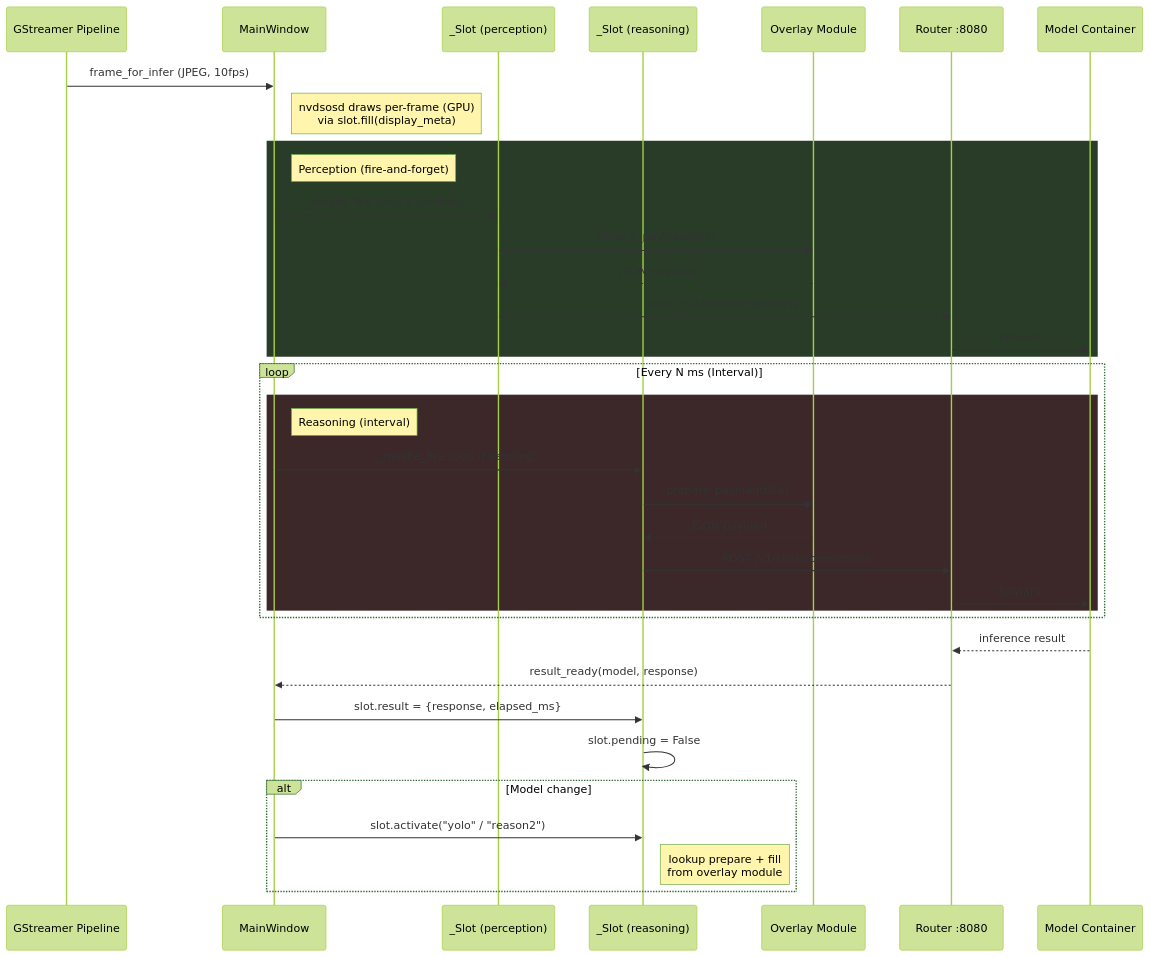
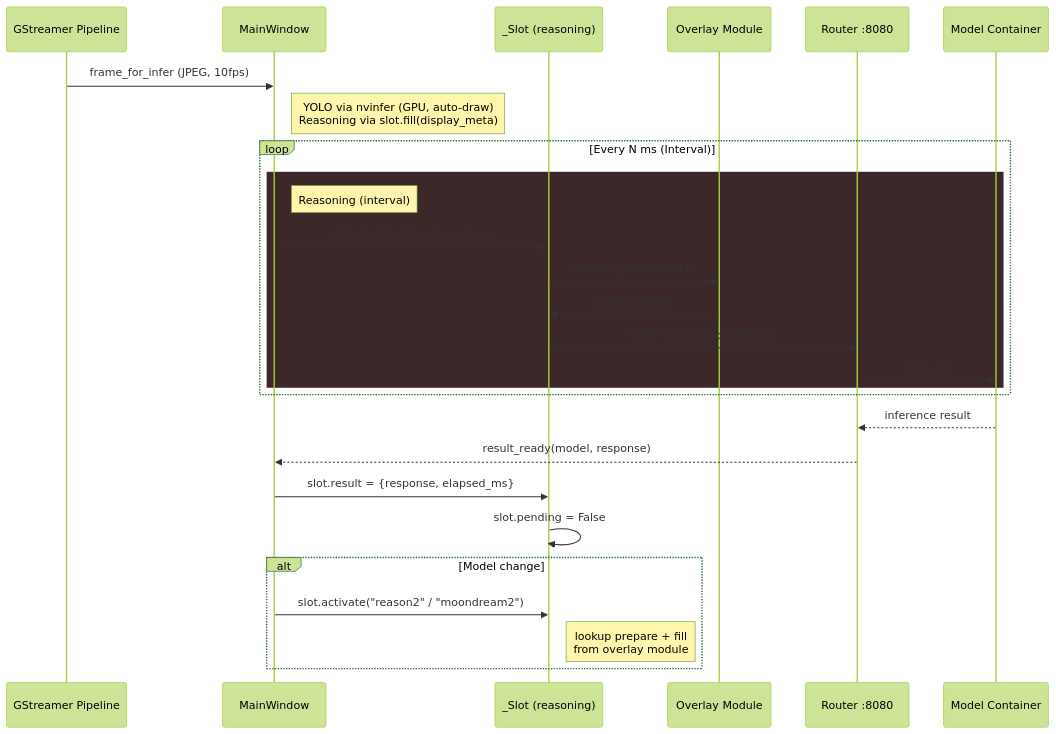
One commit to ccbruce0812/nikko-vlm-webui changed the fifth of 5 diagrams in pyside6-gui.md. Above: the diagram before and after it, drawn with Mermaid (forest theme). The commit also changed other lines of this file and 1 other file, not shown here.

````diff
--- a/pyside6-gui.md
+++ b/pyside6-gui.md
@@ -380,43 +136,33 @@
 ```mermaid
 sequenceDiagram
     participant GST as GStreamer Pipeline
     participant UI as MainWindow
-    participant SlotP as _Slot (perception)
     participant SlotR as _Slot (reasoning)
     participant Mod as Overlay Module
     participant RTR as Router :8080
     participant Backend as Model Container
 
     GST->>UI: frame_for_infer (JPEG, 10fps)
-    note right of UI: nvdsosd draws per-frame (GPU)<br/>via slot.fill(display_meta)
-
-    rect rgb(40, 60, 40)
-        note right of UI: Perception (fire-and-forget)
-        UI->>SlotP: _maybe_fire (skip if pending)
-        SlotP->>Mod: prepare_payload(b64)
-        Mod-->>SlotP: JSON payload
-        SlotP->>RTR: POST /v1/chat/completions
-        RTR->>Backend: forward
-    end
+    note right of UI: YOLO via nvinfer (GPU, auto-draw)<br/>Reasoning via slot.fill(display_meta)
 
     loop Every N ms (Interval)
         rect rgb(60, 40, 40)
             note right of UI: Reasoning (interval)
             UI->>SlotR: _maybe_fire (skip if pending)
             SlotR->>Mod: prepare_payload(b64)
             Mod-->>SlotR: JSON payload
             SlotR->>RTR: POST /v1/chat/completions
             RTR->>Backend: forward
         end
     end
 
     Backend-->>RTR: inference result
     RTR-->>UI: result_ready(model, response)
     UI->>SlotR: slot.result = {response, elapsed_ms}
     SlotR->>SlotR: slot.pending = False
 
     alt Model change
-        UI->>SlotR: slot.activate("yolo" / "reason2")
+        UI->>SlotR: slot.activate("reason2" / "moondream2")
         note right of SlotR: lookup prepare + fill<br/>from overlay module
     end
 ```
````
